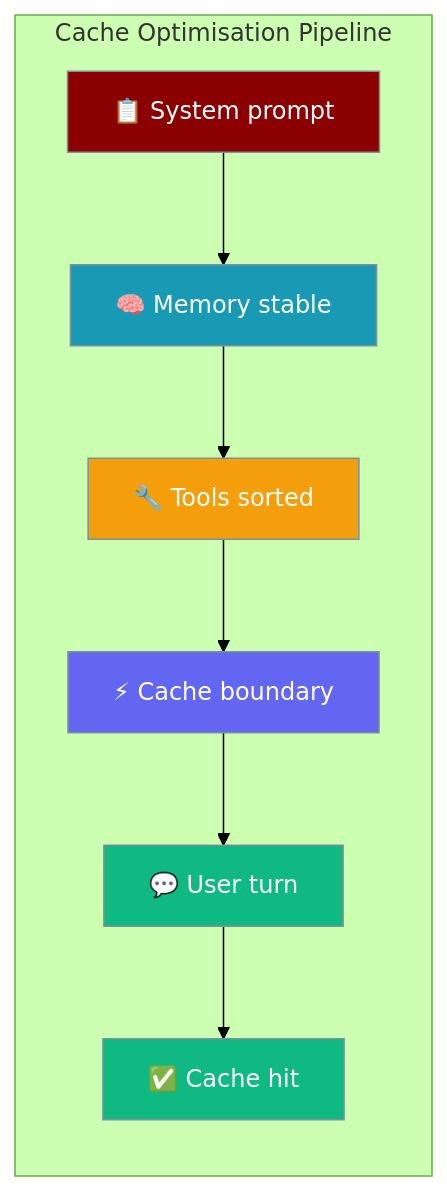
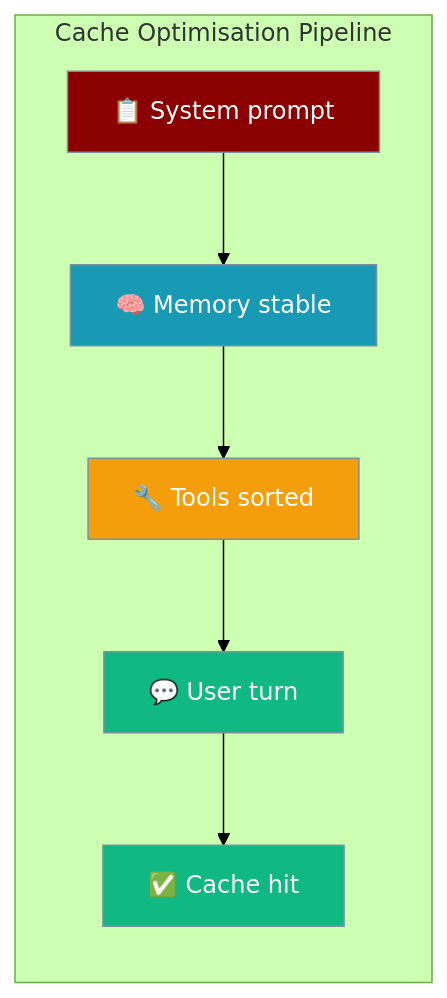
The first of 3 diagrams in docs/features/prompt-cache-optimization.mdx (MervinPraison/PraisonAIDocs), drawn with Mermaid (forest theme) before and after one commit. The commit also changed other lines of this file and 2 other files, not shown here.

First line of the commit message:
docs: correct cache boundary description — marker not injected into prompt (fixes #1924)

````diff
--- a/docs/features/prompt-cache-optimization.mdx
+++ b/docs/features/prompt-cache-optimization.mdx
@@ -27,22 +27,19 @@
 ```mermaid
 graph LR
     subgraph "Cache Optimisation Pipeline"
         A[📋 System prompt] --> B[🧠 Memory stable]
         B --> C[🔧 Tools sorted]
-        C --> D[⚡ Cache boundary]
-        D --> E[💬 User turn]
+        C --> E[💬 User turn]
         E --> F[✅ Cache hit]
     end
 
     classDef prompt fill:#8B0000,stroke:#7C90A0,color:#fff
     classDef memory fill:#189AB4,stroke:#7C90A0,color:#fff
     classDef tools fill:#F59E0B,stroke:#7C90A0,color:#fff
-    classDef boundary fill:#6366F1,stroke:#7C90A0,color:#fff
     classDef variable fill:#10B981,stroke:#7C90A0,color:#fff
 
     class A prompt
     class B memory
     class C tools
-    class D boundary
     class E,F variable
 ```
````
